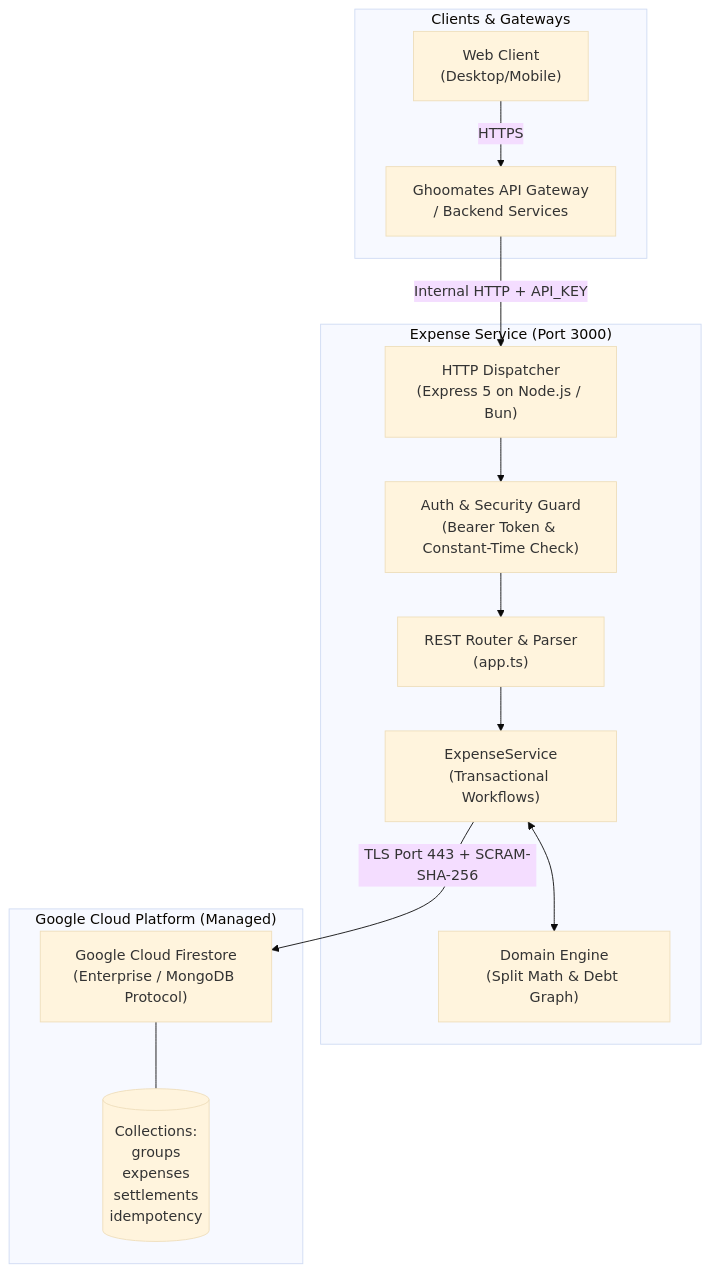
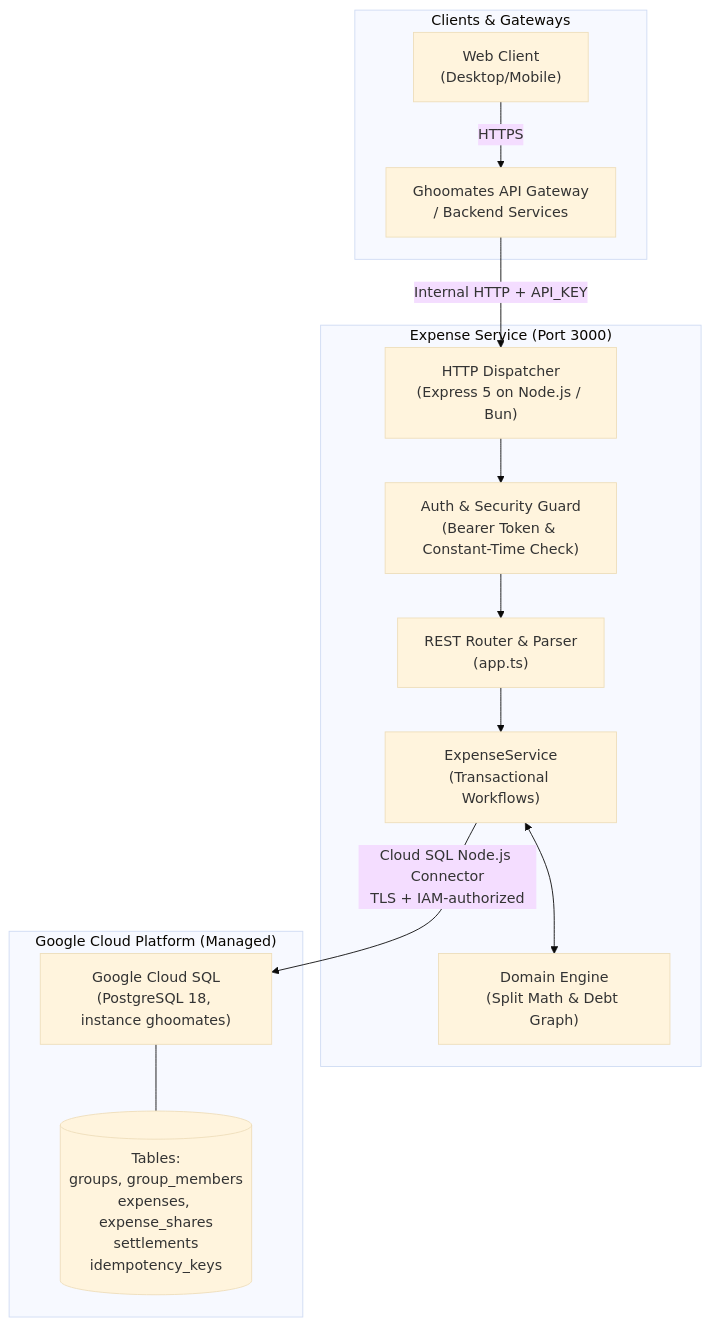
Before and after one commit to sourabhbagrecha/ghoomMates: the first of 3 diagrams in backend/docs/expenses-architecture.md, drawn with Mermaid (base theme). The commit also changed other lines of this file and 30 other files, not shown here.

First line of the commit message:
feat(backend): migrate from Firestore to Cloud SQL (Postgres)

````diff
--- a/backend/docs/expenses-architecture.md
+++ b/backend/docs/expenses-architecture.md
@@ -23,29 +23,29 @@
 ```mermaid
 flowchart TD
     subgraph Clients["Clients & Gateways"]
         Web["Web Client\n(Desktop/Mobile)"]
         Gateway["Ghoomates API Gateway\n/ Backend Services"]
     end
 
     subgraph Service["Expense Service (Port 3000)"]
         HTTP["HTTP Dispatcher\n(Express 5 on Node.js / Bun)"]
         Auth["Auth & Security Guard\n(Bearer Token & Constant-Time Check)"]
         Router["REST Router & Parser\n(app.ts)"]
         Domain["Domain Engine\n(Split Math & Debt Graph)"]
         ServiceLayer["ExpenseService\n(Transactional Workflows)"]
     end
 
     subgraph Storage["Google Cloud Platform (Managed)"]
-        Firestore["Google Cloud Firestore\n(Enterprise / MongoDB Protocol)"]
-        Collections[("Collections:\ngroups\nexpenses\nsettlements\nidempotency")]
+        CloudSQL["Google Cloud SQL\n(PostgreSQL 18, instance ghoomates)"]
+        Tables[("Tables:\ngroups, group_members\nexpenses, expense_shares\nsettlements\nidempotency_keys")]
     end
 
     Web -->|HTTPS| Gateway
     Gateway -->|Internal HTTP + API_KEY| HTTP
     HTTP --> Auth
     Auth --> Router
     Router --> ServiceLayer
     ServiceLayer <--> Domain
-    ServiceLayer -->|TLS Port 443 + SCRAM-SHA-256| Firestore
-    Firestore --- Collections
+    ServiceLayer -->|Cloud SQL Node.js Connector\nTLS + IAM-authorized| CloudSQL
+    CloudSQL --- Tables
 ```
````
